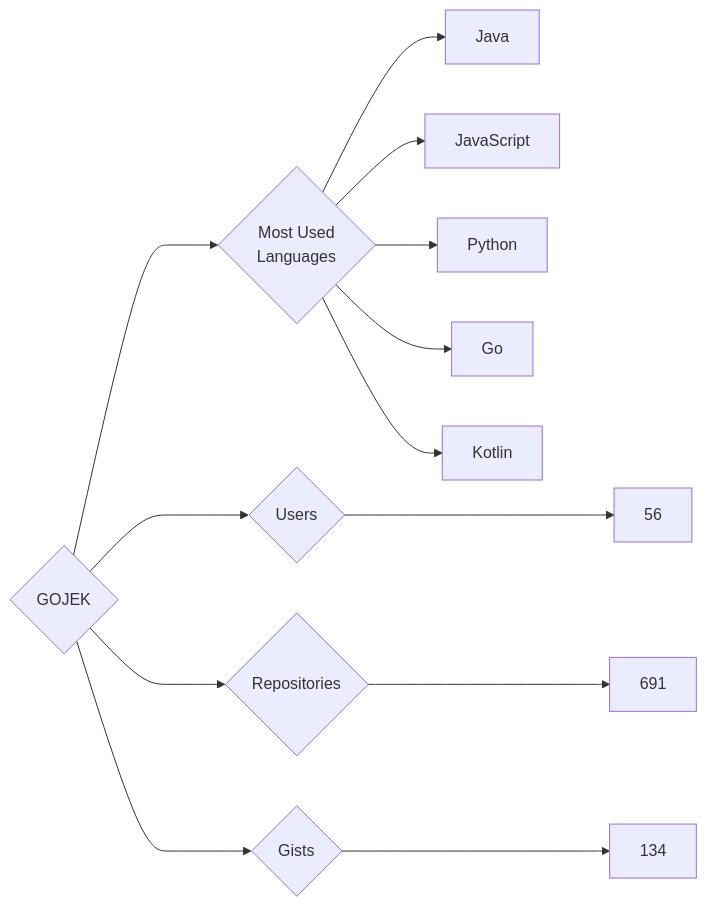
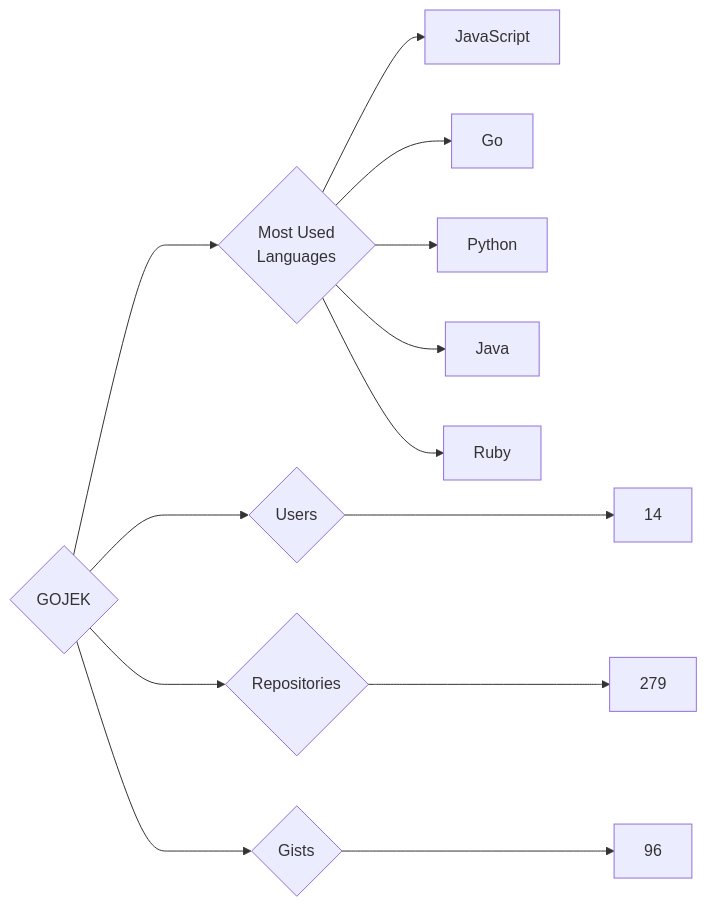
Before and after one commit to trickest/insiders: the diagram in targets/GOJEK/README.md, drawn with Mermaid. The commit also changed 657 other files, not shown here.

````diff
--- a/targets/GOJEK/README.md
+++ b/targets/GOJEK/README.md
@@ -3,13 +3,13 @@
 ```mermaid
 graph LR
 COMPANY_NAME{GOJEK}
-COMPANY_NAME ---> U{Users} ---> UN[56]
-COMPANY_NAME ---> R{Repositories} ---> RN[691]
-COMPANY_NAME ---> G{Gists} ---> GN[134]
+COMPANY_NAME ---> U{Users} ---> UN[14]
+COMPANY_NAME ---> R{Repositories} ---> RN[279]
+COMPANY_NAME ---> G{Gists} ---> GN[96]
 COMPANY_NAME ---> ML{Most Used<br>Languages}
+ML --> JavaScript[JavaScript]
+ML --> Go[Go]
+ML --> Python[Python]
 ML --> Java[Java]
-ML --> JavaScript[JavaScript]
-ML --> Python[Python]
-ML --> Go[Go]
-ML --> Kotlin[Kotlin]
+ML --> Ruby[Ruby]
 ```
````
